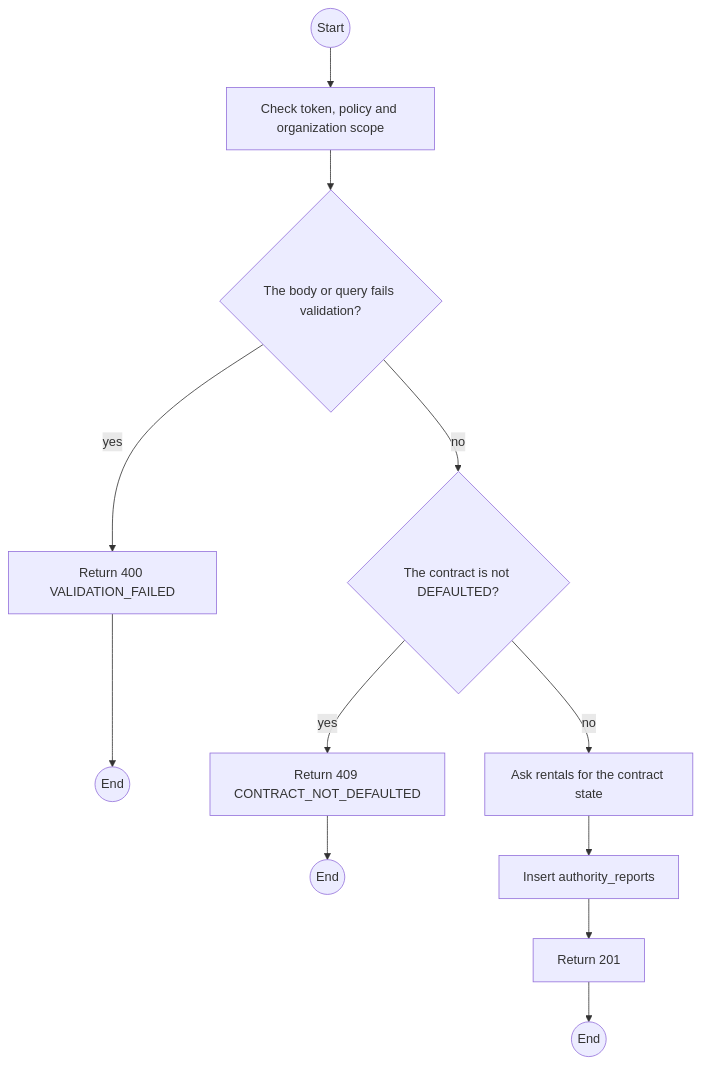
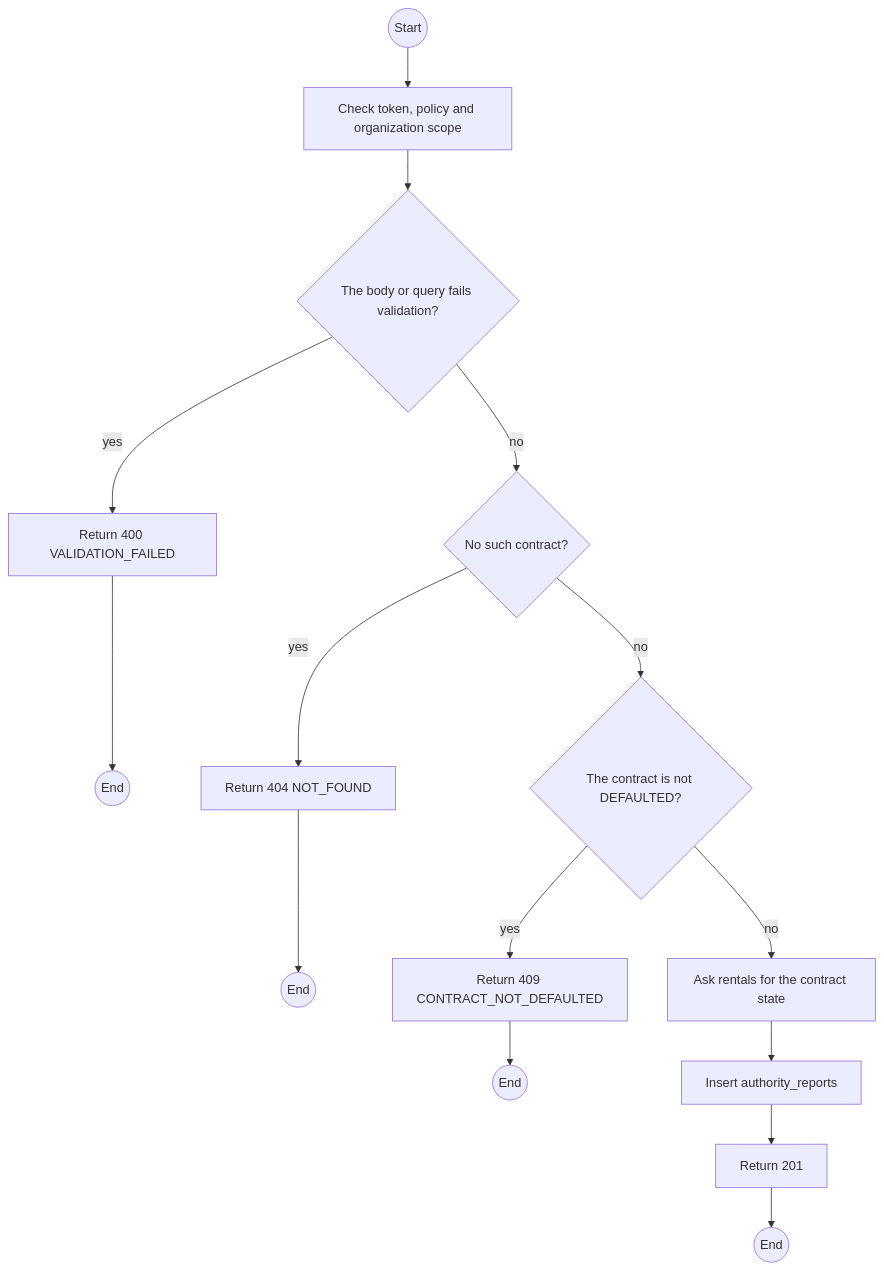
The first of 2 diagrams in specs/incidents/api-design/10-post-authority-reports.md (TrekLink-Team/treklink-web), drawn with Mermaid before and after one commit. The commit also changed other lines of this file and 11 other files, not shown here.

First line of the commit message:
feat: report a defaulted contract to the authorities (api-design 10)

````diff
--- a/specs/incidents/api-design/10-post-authority-reports.md
+++ b/specs/incidents/api-design/10-post-authority-reports.md
@@ -135,23 +152,28 @@
 ```mermaid
 flowchart TB
     S((Start))
     A0["Check token, policy and organization scope"]
     S --> A0
     D1{"The body or query fails validation?"}
     A0 --> D1
     E1["Return 400 VALIDATION_FAILED"]
     D1 -->|yes| E1
     E1 --> X1((End))
-    D2{"The contract is not DEFAULTED?"}
+    D2{"No such contract?"}
     D1 -->|no| D2
-    E2["Return 409 CONTRACT_NOT_DEFAULTED"]
+    E2["Return 404 NOT_FOUND"]
     D2 -->|yes| E2
     E2 --> X2((End))
+    D3{"The contract is not DEFAULTED?"}
+    D2 -->|no| D3
+    E3["Return 409 CONTRACT_NOT_DEFAULTED"]
+    D3 -->|yes| E3
+    E3 --> X3((End))
     P0["Ask rentals for the contract state"]
-    D2 -->|no| P0
+    D3 -->|no| P0
     P1["Insert authority_reports"]
     P0 --> P1
     OK["Return 201"]
     P1 --> OK
     OK --> Z((End))
 ```
````
